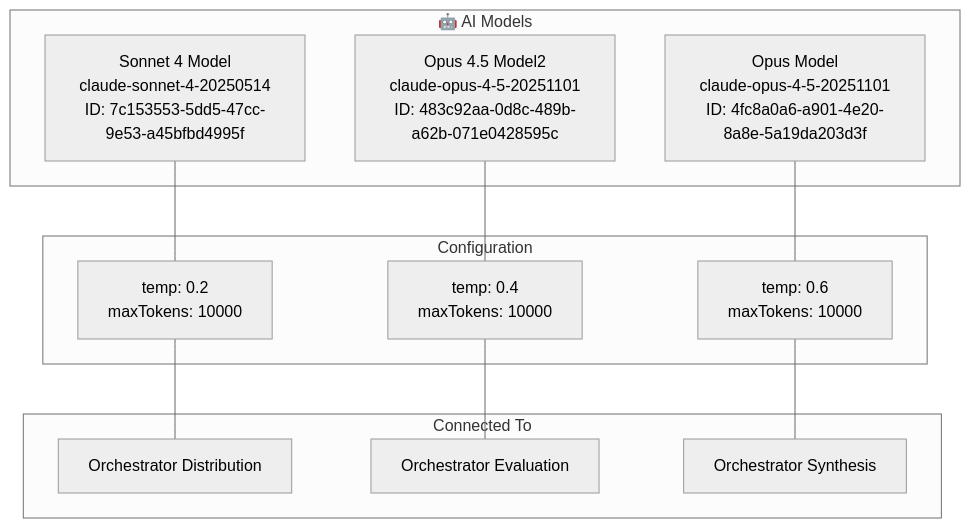
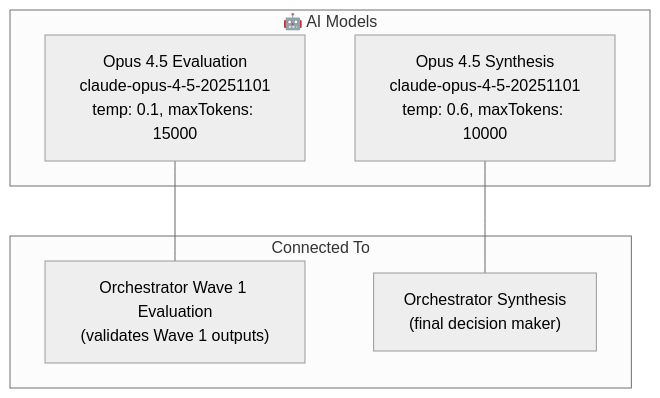
Before and after one commit to damianstetsonair/sales-n8n-ia: the fifth of 17 diagrams in WORKFLOW-DIAGRAM.md, drawn with Mermaid (neutral theme). The commit also changed other lines of this file and 8 other files, not shown here.

Commit message:
update flows based in parallel workflow

````diff
--- a/WORKFLOW-DIAGRAM.md
+++ b/WORKFLOW-DIAGRAM.md
@@ -362,24 +357,15 @@
 ```mermaid
 graph TB
     subgraph MODELS["🤖 AI Models"]
-        S4["Sonnet 4 Model<br/>claude-sonnet-4-20250514<br/>ID: 7c153553-5dd5-47cc-9e53-a45bfbd4995f"]
-        O45_E["Opus 4.5 Model2<br/>claude-opus-4-5-20251101<br/>ID: 483c92aa-0d8c-489b-a62b-071e0428595c"]
-        O45_S["Opus Model<br/>claude-opus-4-5-20251101<br/>ID: 4fc8a0a6-a901-4e20-8a8e-5a19da203d3f"]
-    end
-
-    subgraph CONFIG["Configuration"]
-        C1["temp: 0.2<br/>maxTokens: 10000"]
-        C2["temp: 0.4<br/>maxTokens: 10000"]
-        C3["temp: 0.6<br/>maxTokens: 10000"]
+        O45_EVAL["Opus 4.5 Evaluation<br/>claude-opus-4-5-20251101<br/>temp: 0.1, maxTokens: 15000"]
+        O45_SYNTH["Opus 4.5 Synthesis<br/>claude-opus-4-5-20251101<br/>temp: 0.6, maxTokens: 10000"]
     end
 
     subgraph USAGE["Connected To"]
-        U1["Orchestrator Distribution"]
-        U2["Orchestrator Evaluation"]
-        U3["Orchestrator Synthesis"]
+        U1["Orchestrator Wave 1 Evaluation<br/>(validates Wave 1 outputs)"]
+        U2["Orchestrator Synthesis<br/>(final decision maker)"]
     end
 
-    S4 --- C1 --- U1
-    O45_E --- C2 --- U2
-    O45_S --- C3 --- U3
+    O45_EVAL --- U1
+    O45_SYNTH --- U2
 ```
````
